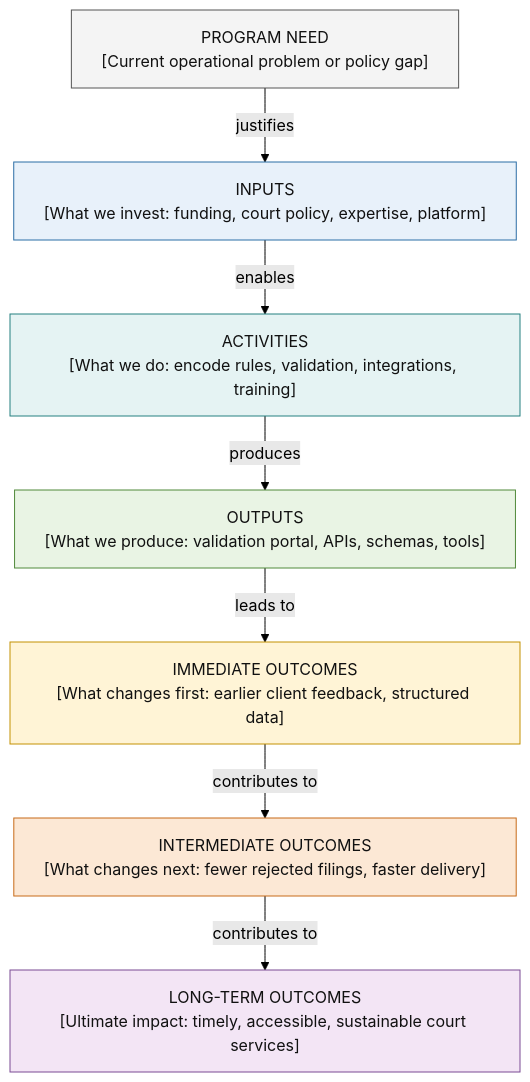
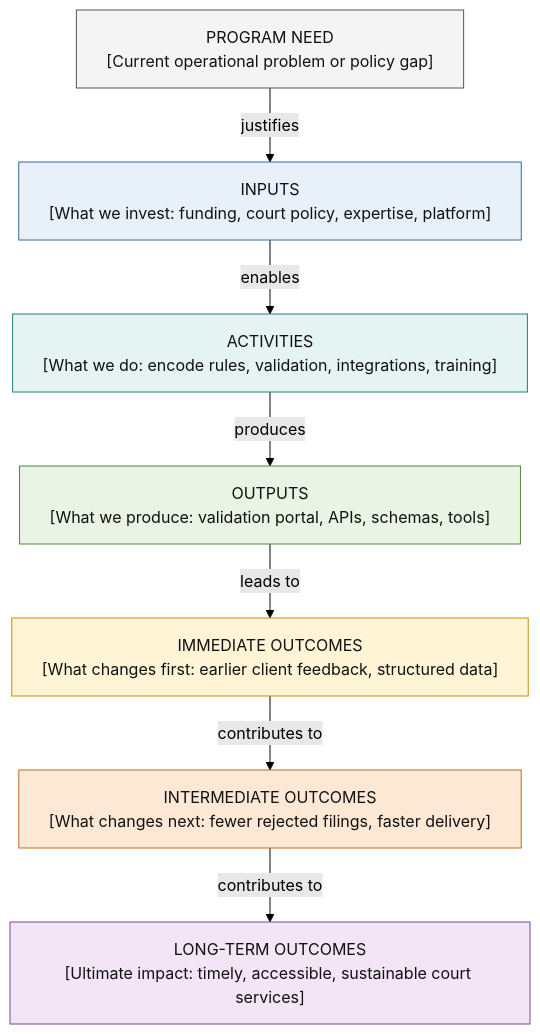
The diagram in plugins/strategic-planning/.apm/skills/designing-logic-models/assets/templates/logic-model-template.md (bcgov/strategic-planning-workbench), drawn with Mermaid (forest theme) before and after one commit. The commit also changed 8 other files, not shown here.

````diff
--- a/plugins/strategic-planning/.apm/skills/designing-logic-models/assets/templates/logic-model-template.md
+++ b/plugins/strategic-planning/.apm/skills/designing-logic-models/assets/templates/logic-model-template.md
@@ -21,35 +21,35 @@
 ```mermaid
-%%{init: {"flowchart": {"wrappingWidth": 450, "minNodeWidth": 350}} }%%
+%%{init: {"flowchart": {"wrappingWidth": 460, "minNodeWidth": 360}} }%%
 flowchart TB
 
 N["PROGRAM NEED<br/>[Current operational problem or policy gap]"]
 I["INPUTS<br/>[What we invest: funding, court policy, expertise, platform]"]
 A["ACTIVITIES<br/>[What we do: encode rules, validation, integrations, training]"]
 O["OUTPUTS<br/>[What we produce: validation portal, APIs, schemas, tools]"]
 IO["IMMEDIATE OUTCOMES<br/>[What changes first: earlier client feedback, structured data]"]
 MO["INTERMEDIATE OUTCOMES<br/>[What changes next: fewer rejected filings, faster delivery]"]
 LO["LONG-TERM OUTCOMES<br/>[Ultimate impact: timely, accessible, sustainable court services]"]
 
 N -->|"justifies"| I
 I -->|"enables"| A
 A -->|"produces"| O
 O -->|"leads to"| IO
 IO -->|"contributes to"| MO
 MO -->|"contributes to"| LO
 
 classDef need fill:#F4F4F4,stroke:#555,color:#111
 classDef input fill:#E8F1FA,stroke:#2B6EA6,color:#111
 classDef activity fill:#E5F3F3,stroke:#258080,color:#111
 classDef output fill:#E9F4E4,stroke:#518A3A,color:#111
 classDef immediate fill:#FFF4D6,stroke:#C49102,color:#111
 classDef intermediate fill:#FCE8D5,stroke:#C76B19,color:#111
 classDef longterm fill:#F3E5F5,stroke:#7B4B94,color:#111
 
 class N need
 class I input
 class A activity
 class O output
 class IO immediate
 class MO intermediate
 class LO longterm
 ```
````
